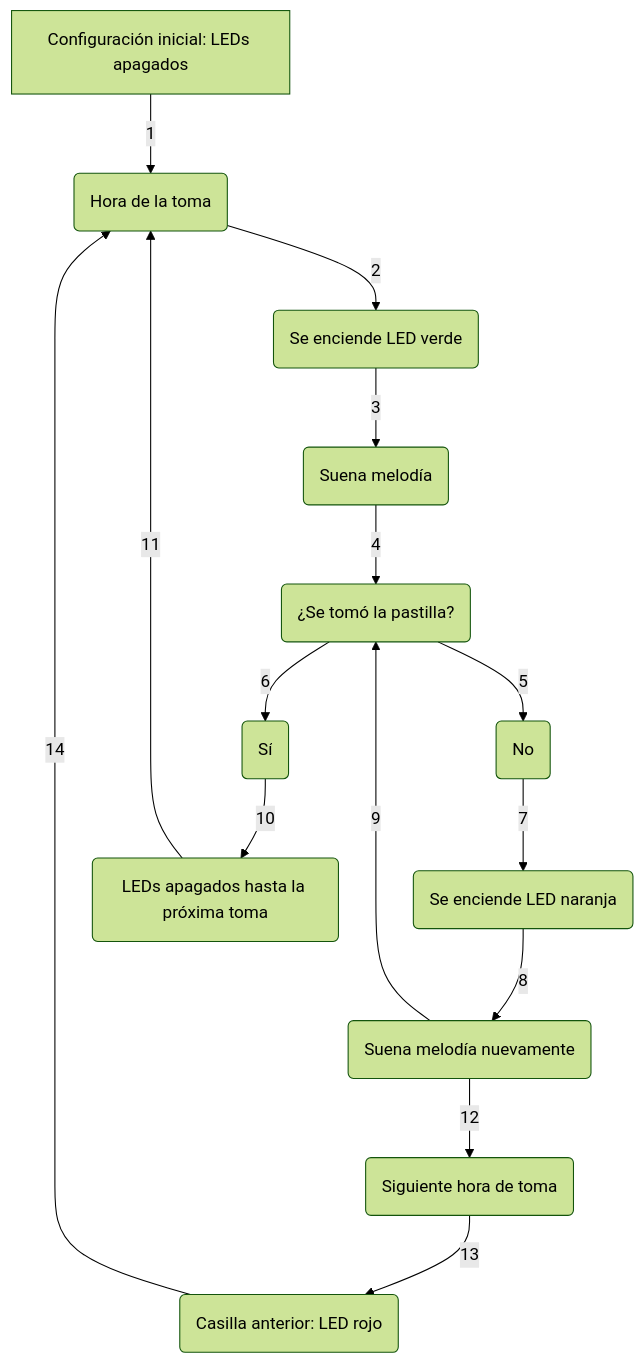
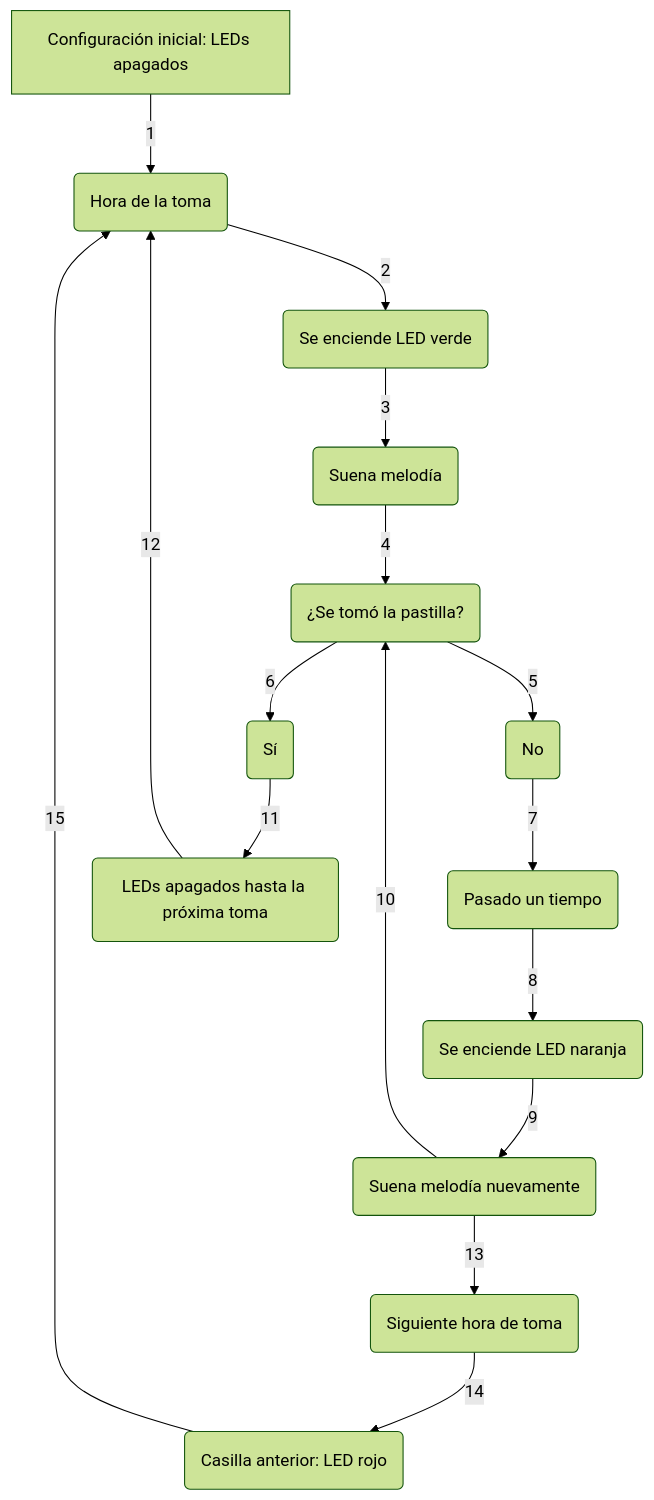
One commit to olayago2/IOT_Pastillero_MdN changed the diagram in README.md. Above: the diagram before and after it, drawn with Mermaid (forest theme).

````diff
--- a/README.md
+++ b/README.md
@@ -47,19 +47,20 @@
 ```mermaid
  graph TD;
   A[Configuración inicial: LEDs apagados] -->|1| B(Hora de la toma)
   B -->|2| C(Se enciende LED verde)
   C -->|3| D(Suena melodía)
   D -->|4| E(¿Se tomó la pastilla?)
   E -->|5| F(No)
   E -->|6| G(Sí)
-  F -->|7| H(Se enciende LED naranja)
-  H -->|8| I(Suena melodía nuevamente)
-  I -->|9| E
-  G -->|10| J(LEDs apagados hasta la próxima toma)
-  J -->|11| B
-  I -->|12| K(Siguiente hora de toma)
-  K -->|13| L(Casilla anterior: LED rojo)
-  L -->|14| B
+  F -->|7| M(Pasado un tiempo)
+  M -->|8| H(Se enciende LED naranja)
+  H -->|9| I(Suena melodía nuevamente)
+  I -->|10| E
+  G -->|11| J(LEDs apagados hasta la próxima toma)
+  J -->|12| B
+  I -->|13| K(Siguiente hora de toma)
+  K -->|14| L(Casilla anterior: LED rojo)
+  L -->|15| B
 
   
 ```
````
